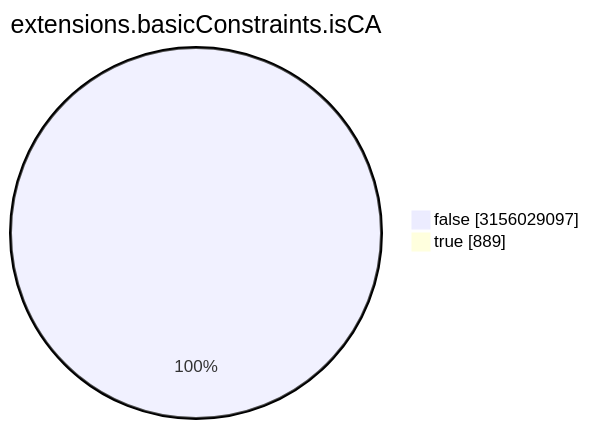
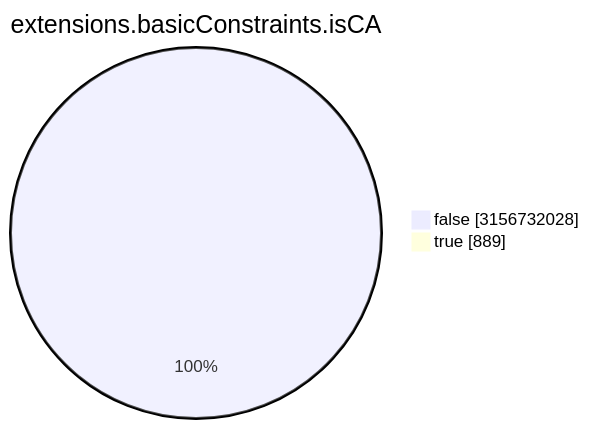
Before and after one commit to christiankrug/ctmonitor_visualization: the seventh of 15 diagrams in TOTAL/README.md, drawn with Mermaid. The commit also changed other lines of this file, not shown here.

````diff
--- a/TOTAL/README.md
+++ b/TOTAL/README.md
@@ -3088,6 +3088,6 @@
 ```mermaid
 pie showData
 title extensions.basicConstraints.isCA
-"false" :3156029097
+"false" :3156732028
 "true" :889
 ```
````
